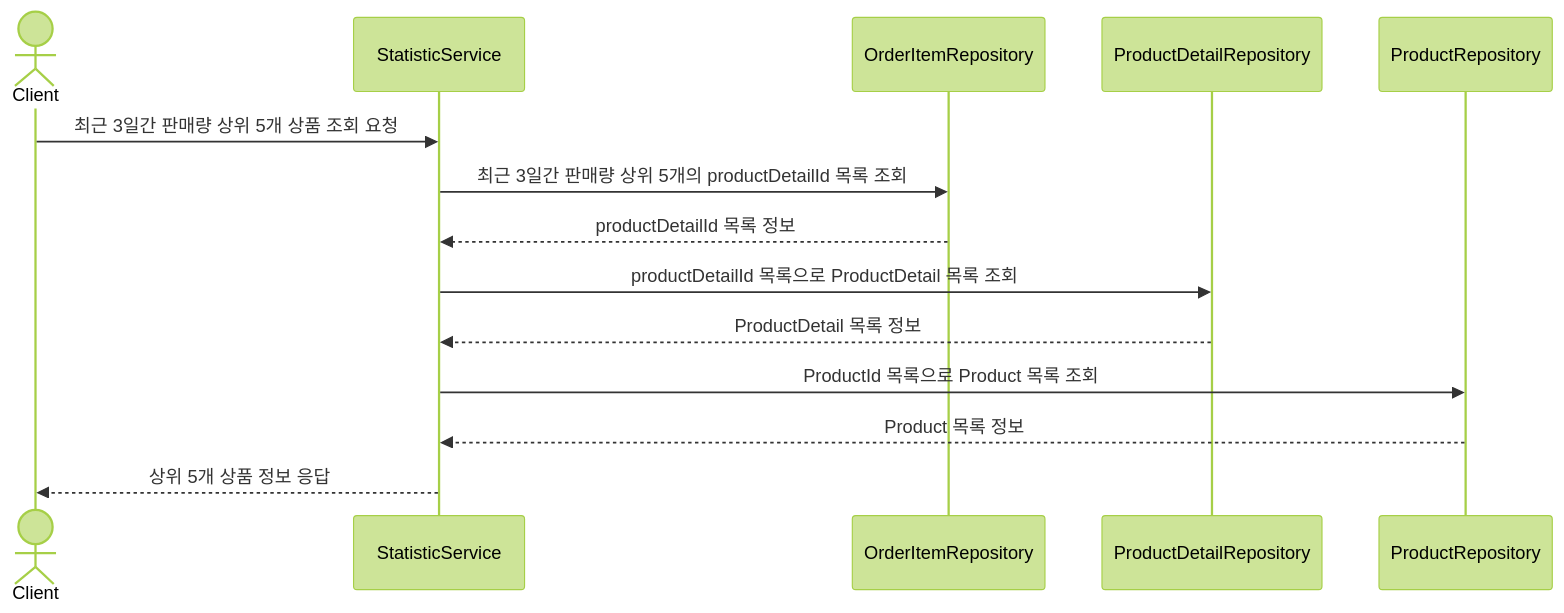
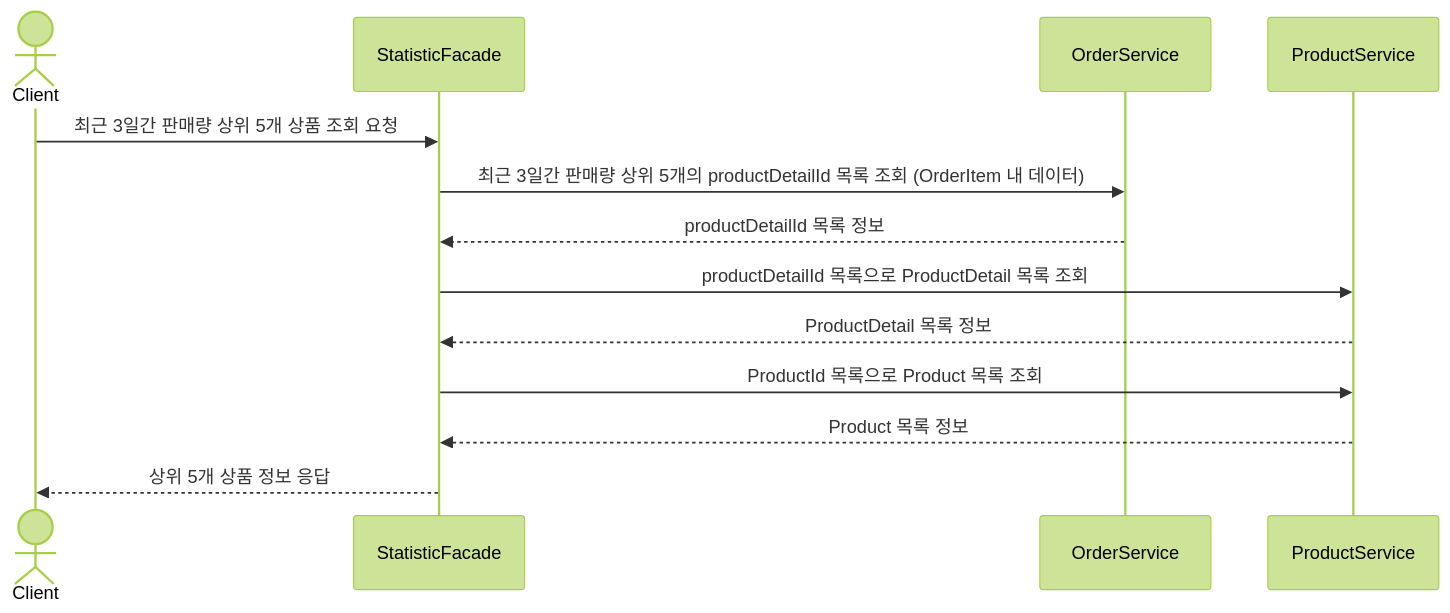
One commit to lgm1007/hhplus_ecommerce changed the seventh of 10 diagrams in docs/SEQUENCE_DIAGRAM.md. Above: the diagram before and after it, drawn with Mermaid (forest theme).

Commit message:
docs: 시퀀스 다이어그램 - 상위 상품 통계 시퀀스 내용 수정

````diff
--- a/docs/SEQUENCE_DIAGRAM.md
+++ b/docs/SEQUENCE_DIAGRAM.md
@@ -148,17 +148,16 @@
 ```mermaid
 sequenceDiagram
     actor Client
-    participant StatisticService
-    participant OrderItemRepository
-    participant ProductDetailRepository
-    participant ProductRepository
+    participant StatisticFacade
+    participant OrderService
+    participant ProductService
 
-    Client ->> StatisticService: 최근 3일간 판매량 상위 5개 상품 조회 요청
-    StatisticService ->> OrderItemRepository: 최근 3일간 판매량 상위 5개의 productDetailId 목록 조회
-    OrderItemRepository -->> StatisticService: productDetailId 목록 정보
-    StatisticService ->> ProductDetailRepository: productDetailId 목록으로 ProductDetail 목록 조회
-    ProductDetailRepository -->> StatisticService: ProductDetail 목록 정보
-    StatisticService ->> ProductRepository: ProductId 목록으로 Product 목록 조회
-    ProductRepository -->> StatisticService: Product 목록 정보
-    StatisticService -->> Client: 상위 5개 상품 정보 응답
+    Client ->> StatisticFacade: 최근 3일간 판매량 상위 5개 상품 조회 요청
+    StatisticFacade ->> OrderService: 최근 3일간 판매량 상위 5개의 productDetailId 목록 조회 (OrderItem 내 데이터)
+    OrderService -->> StatisticFacade: productDetailId 목록 정보
+    StatisticFacade ->> ProductService: productDetailId 목록으로 ProductDetail 목록 조회
+    ProductService -->> StatisticFacade: ProductDetail 목록 정보
+    StatisticFacade ->> ProductService: ProductId 목록으로 Product 목록 조회
+    ProductService -->> StatisticFacade: Product 목록 정보
+    StatisticFacade -->> Client: 상위 5개 상품 정보 응답
 ```
````
